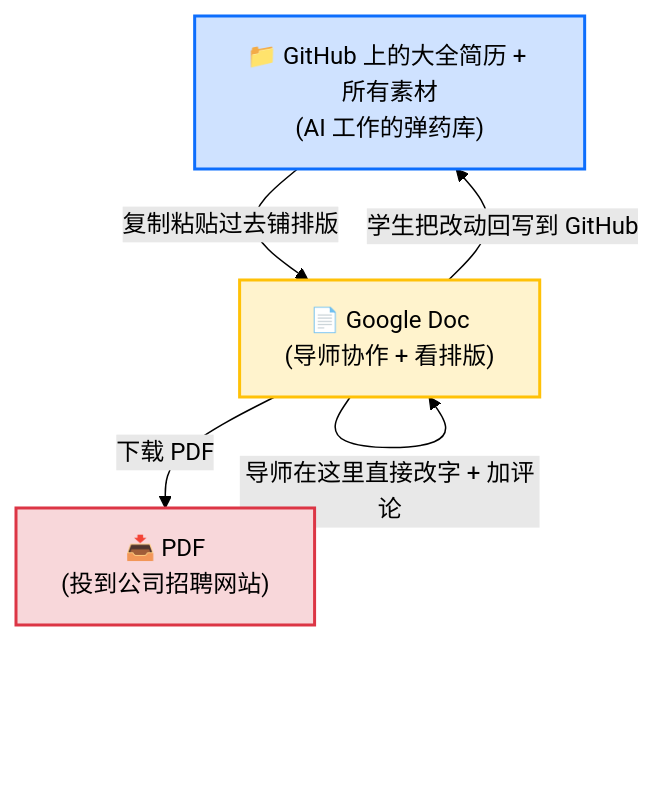
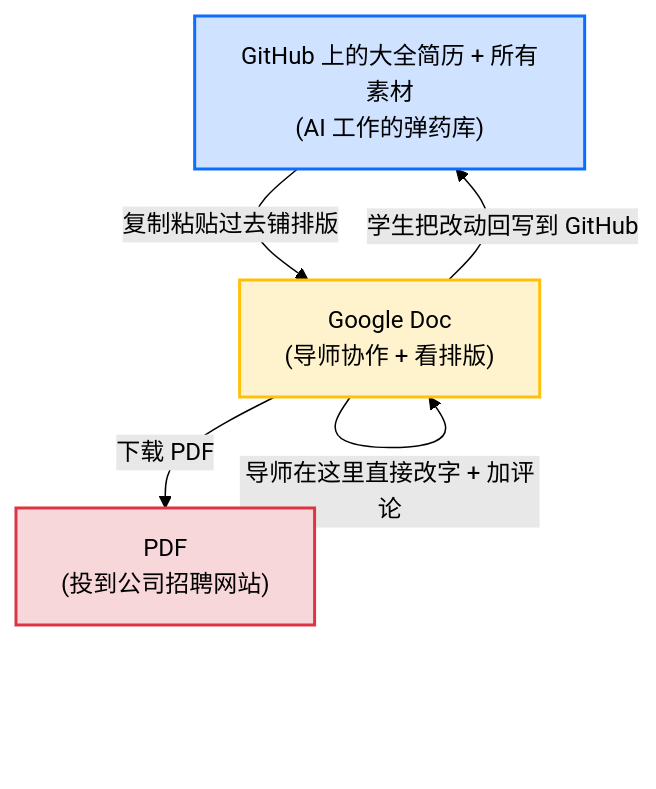
One commit to YingqiangYuan/Resume_Matrix changed the first of 2 diagrams in examples/11-submit-and-collaborate/README-cn.md. Above: the diagram before and after it, drawn with Mermaid (forest theme). The commit also changed other lines of this file and 5 other files, not shown here.

````diff
--- a/examples/11-submit-and-collaborate/README-cn.md
+++ b/examples/11-submit-and-collaborate/README-cn.md
@@ -118,15 +118,15 @@
 ```mermaid
 flowchart TD
-    GH["📁 GitHub 上的大全简历 + 所有素材<br/>(AI 工作的弹药库)"]
-    GD["📄 Google Doc<br/>(导师协作 + 看排版)"]
-    PDF["📥 PDF<br/>(投到公司招聘网站)"]
+    GH["GitHub 上的大全简历 + 所有素材<br/>(AI 工作的弹药库)"]
+    GD["Google Doc<br/>(导师协作 + 看排版)"]
+    PDF["PDF<br/>(投到公司招聘网站)"]
 
     GH -->|"复制粘贴过去铺排版"| GD
     GD -->|"导师在这里直接改字 + 加评论"| GD
     GD -->|"学生把改动回写到 GitHub"| GH
     GD -->|"下载 PDF"| PDF
 
     style GH fill:#cfe2ff,stroke:#0d6efd,stroke-width:2px
     style GD fill:#fff3cd,stroke:#ffc107,stroke-width:2px
     style PDF fill:#f8d7da,stroke:#dc3545,stroke-width:2px
 ```
````
